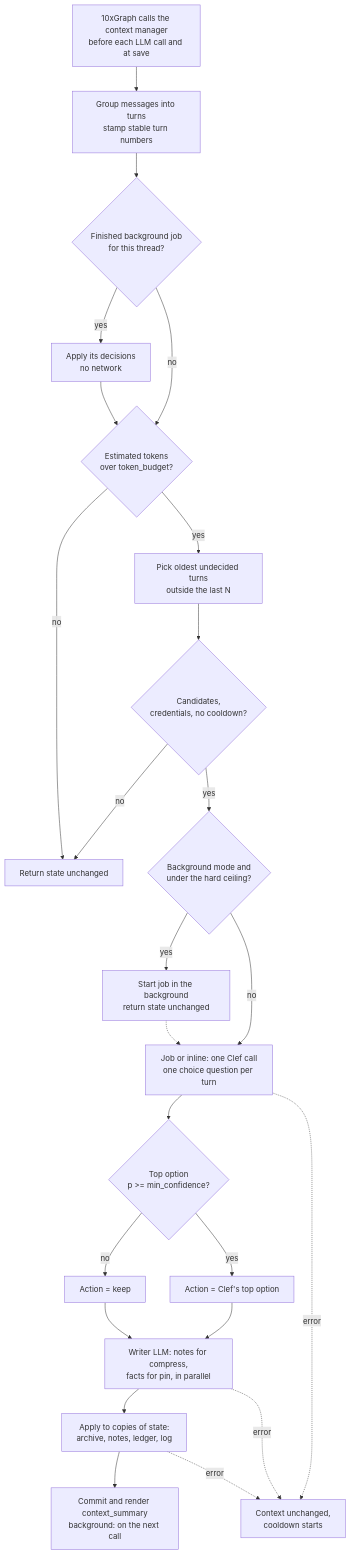
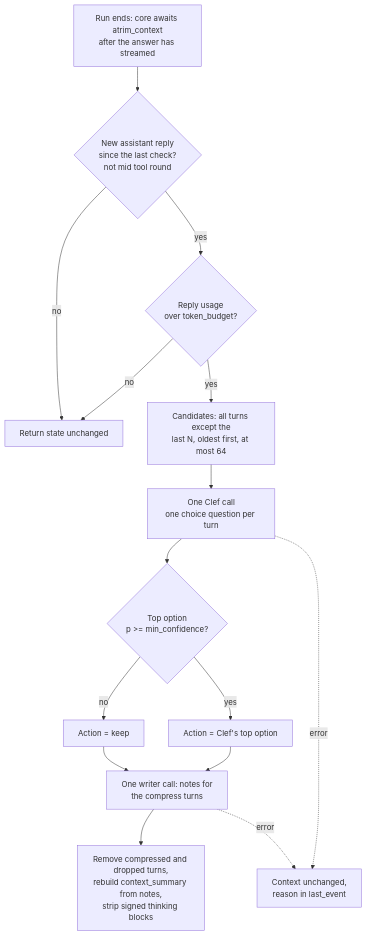
The diagram in README.md (Iamsdt/context-triage), drawn with Mermaid before and after one commit. The commit also changed other lines of this file, not shown here.

Commit message:
Update README.md to clarify context-triage functionality and decision-making process

````diff
--- a/README.md
+++ b/README.md
@@ -38,26 +50,17 @@
 ```mermaid
 flowchart TD
-    A[10xGraph calls the context manager<br/>before each LLM call and at save] --> B[Group messages into turns<br/>stamp stable turn numbers]
-    B --> P{Finished background job<br/>for this thread?}
-    P -- yes --> Q[Apply its decisions<br/>no network]
-    P -- no --> C
-    Q --> C{Estimated tokens<br/>over token_budget?}
-    C -- no --> Z[Return state unchanged]
-    C -- yes --> D[Pick oldest undecided turns<br/>outside the last N]
-    D --> E{Candidates,<br/>credentials, no cooldown?}
-    E -- no --> Z
-    E -- yes --> R{Background mode and<br/>under the hard ceiling?}
-    R -- yes --> S[Start job in the background<br/>return state unchanged]
-    R -- no --> F
-    S -.-> F[Job or inline: one Clef call<br/>one choice question per turn]
-    F --> G{Top option<br/>p >= min_confidence?}
+    A[Run ends: core awaits atrim_context<br/>after the answer has streamed] --> B{New assistant reply<br/>since the last check?<br/>not mid tool round}
+    B -- no --> Z[Return state unchanged]
+    B -- yes --> C{Reply usage<br/>over token_budget?}
+    C -- no --> Z
+    C -- yes --> D[Candidates: all turns except the<br/>last N, oldest first, at most 64]
+    D --> E[One Clef call<br/>one choice question per turn]
+    E --> G{Top option<br/>p >= min_confidence?}
     G -- no --> H[Action = keep]
     G -- yes --> I[Action = Clef's top option]
     H --> J
-    I --> J[Writer LLM: notes for compress,<br/>facts for pin, in parallel]
-    J --> K[Apply to copies of state:<br/>archive, notes, ledger, log]
-    K --> L[Commit and render context_summary<br/>background: on the next call]
-    F -. error .-> X[Context unchanged,<br/>cooldown starts]
+    I --> J[One writer call: notes for<br/>the compress turns]
+    J --> K[Remove compressed and dropped turns,<br/>rebuild context_summary from notes,<br/>strip signed thinking blocks]
+    E -. error .-> X[Context unchanged,<br/>reason in last_event]
     J -. error .-> X
-    K -. error .-> X
 ```
````
